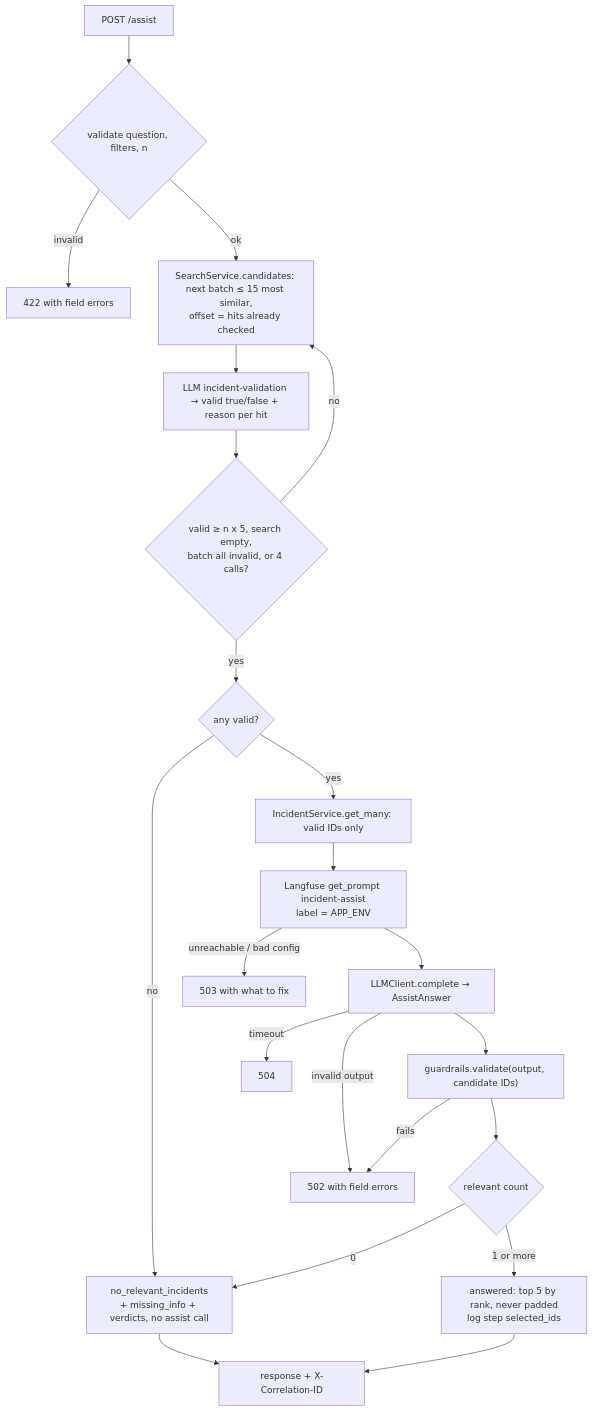
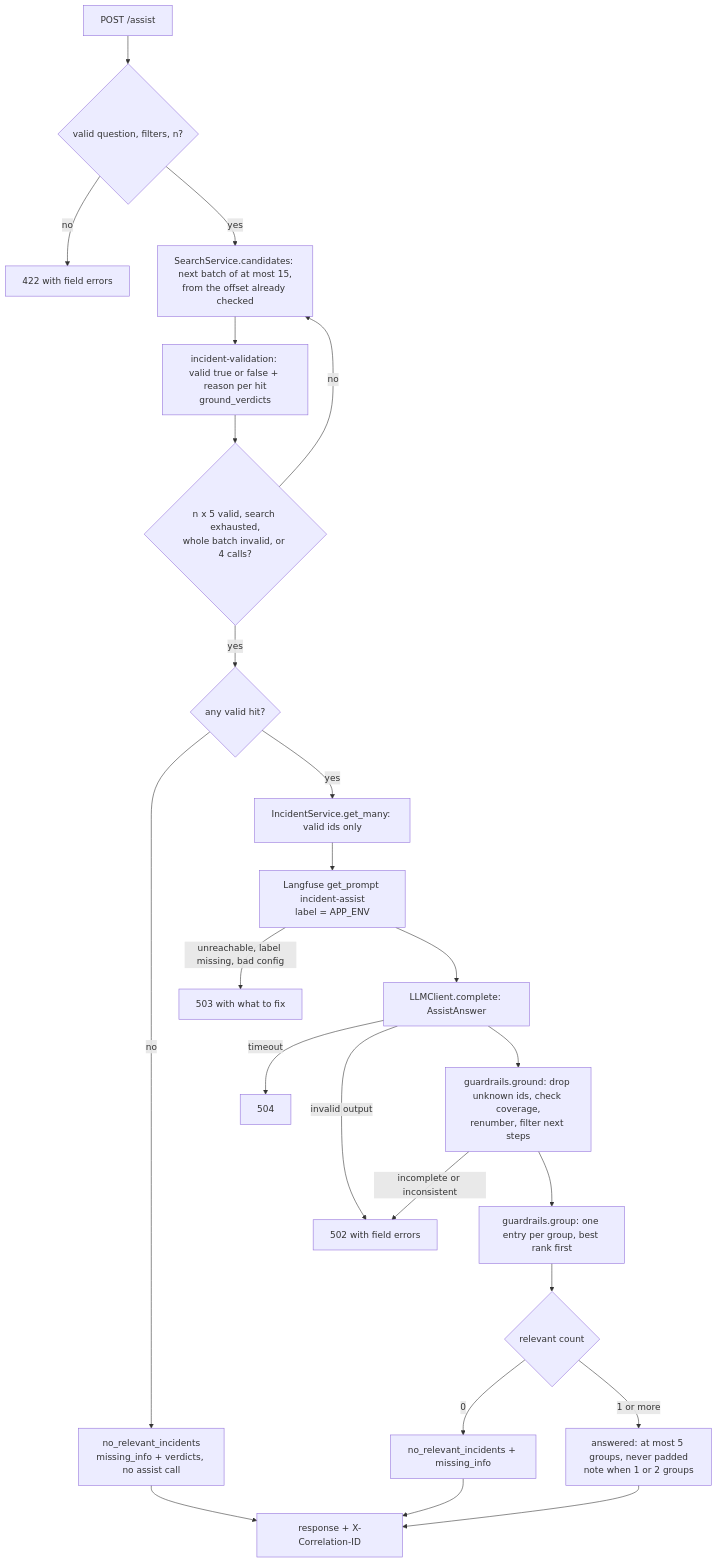
One commit to gustavomoises/dayforce changed the fourth of 8 diagrams in .kiro/specs/incident-triage-api/design.md. Above: the diagram before and after it, drawn with Mermaid. The commit also changed other lines of this file and 25 other files, not shown here.

Commit message:
task 8: README, PROMPTS, AI-NOTES, TRADEOFFS, live tests, Postman, synced architecture docs; remove pre-task leftovers

````diff
--- a/.kiro/specs/incident-triage-api/design.md
+++ b/.kiro/specs/incident-triage-api/design.md
@@ -89,24 +106,26 @@
 ```mermaid
 flowchart TD
-    R["POST /assist"] --> V{"validate question, filters, n"}
-    V -- invalid --> E422["422 with field errors"]
-    V -- ok --> S["SearchService.candidates: next batch ≤ 15 most similar,<br/>offset = hits already checked"]
-    S --> VL["LLM incident-validation → valid true/false + reason per hit"]
-    VL --> EN{"valid ≥ n x 5, search empty,<br/>batch all invalid, or 4 calls?"}
+    R["POST /assist"] --> V{"valid question, filters, n?"}
+    V -- no --> E422["422 with field errors"]
+    V -- yes --> S["SearchService.candidates: next batch of at most 15,<br/>from the offset already checked"]
+    S --> VL["incident-validation: valid true or false + reason per hit<br/>ground_verdicts"]
+    VL --> EN{"n x 5 valid, search exhausted,<br/>whole batch invalid, or 4 calls?"}
     EN -- no --> S
-    EN -- yes --> H{"any valid?"}
-    H -- no --> NR["no_relevant_incidents<br/>+ missing_info + verdicts, no assist call"]
-    H -- yes --> G["IncidentService.get_many: valid IDs only"]
+    EN -- yes --> H{"any valid hit?"}
+    H -- no --> NR["no_relevant_incidents<br/>missing_info + verdicts, no assist call"]
+    H -- yes --> G["IncidentService.get_many: valid ids only"]
     G --> P["Langfuse get_prompt incident-assist<br/>label = APP_ENV"]
-    P -- unreachable / bad config --> E503["503 with what to fix"]
-    P --> L["LLMClient.complete → AssistAnswer"]
+    P -- "unreachable, label missing, bad config" --> E503["503 with what to fix"]
+    P --> L["LLMClient.complete: AssistAnswer"]
     L -- timeout --> E504["504"]
-    L -- invalid output --> E502["502 with field errors"]
-    L --> GR["guardrails.validate(output, candidate IDs)"]
-    GR -- fails --> E502
-    GR --> ST{"relevant count"}
-    ST -- 0 --> NR
-    ST -- 1 or more --> OK["answered: top 5 by rank, never padded<br/>log step selected_ids"]
+    L -- "invalid output" --> E502["502 with field errors"]
+    L --> GR["guardrails.ground: drop unknown ids, check coverage,<br/>renumber, filter next steps"]
+    GR -- "incomplete or inconsistent" --> E502
+    GR --> GP["guardrails.group: one entry per group, best rank first"]
+    GP --> ST{"relevant count"}
+    ST -- 0 --> NR2["no_relevant_incidents + missing_info"]
+    ST -- "1 or more" --> OK["answered: at most 5 groups, never padded<br/>note when 1 or 2 groups"]
     NR --> RESP["response + X-Correlation-ID"]
+    NR2 --> RESP
     OK --> RESP
 ```
````
